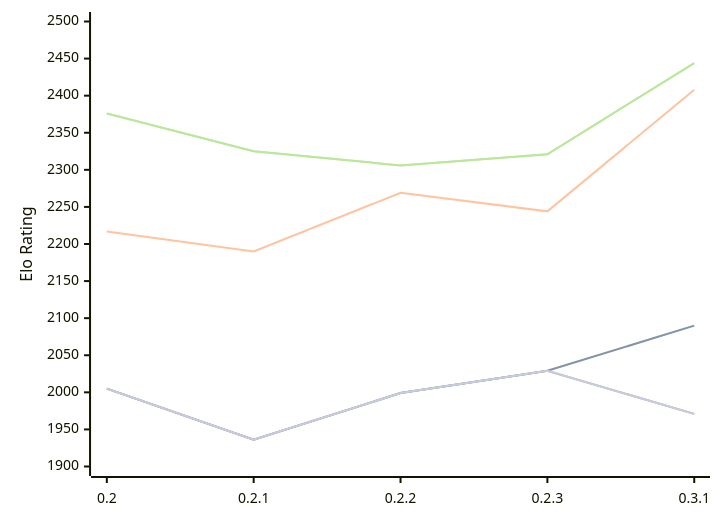
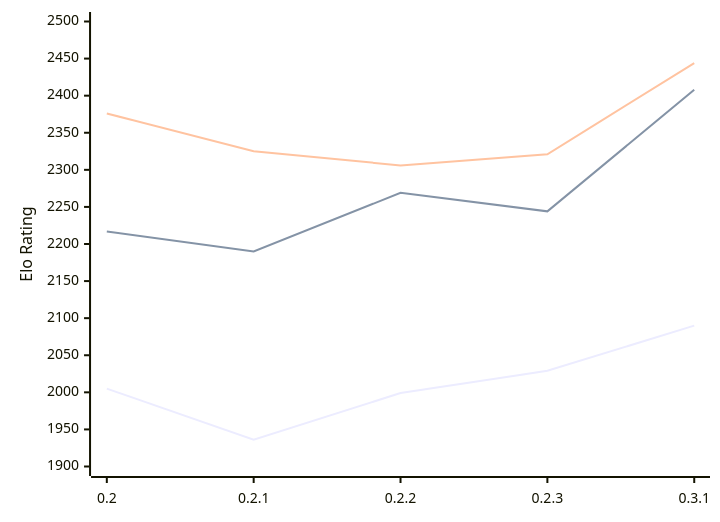
The diagram in engines/Lolbot.md (computer-chess-index/cci), drawn with Mermaid before and after one commit. The commit also changed other lines of this file, not shown here.

````diff
--- a/engines/Lolbot.md
+++ b/engines/Lolbot.md
@@ -51,13 +51,9 @@
 ```mermaid
 %%{init: {"theme":"base","themeVariables":{"seriesColors:['#a3a3a3','#222221','#faa371']}}}%%
 xychart-beta
   x-axis ["0.2", "0.2.1", "0.2.2", "0.2.3", "0.3.1"]
   y-axis "Elo Rating" 1900 --> 2500
-  line "" [2005, 1936, 1999, 2029, 2090]
   line "T1: STC (8.0+0.08s)" [2005, 1936, 1999, 2029, 2090]
   line "T1: LTC (60.0+0.60s)" [2217, 2190, 2269, 2244, 2408]
-  line "" [2376, 2325, 2306, 2321, 2444]
   line "T1: VLTC (2m24s+1.12s)" [2376, 2325, 2306, 2321, 2444]
-  line "" [2005, 1936, 1999, 2029,1971]
-  line "E1: STC (8.0+0.08s)" [2005, 1936, 1999, 2029,1971]
 ```
````
